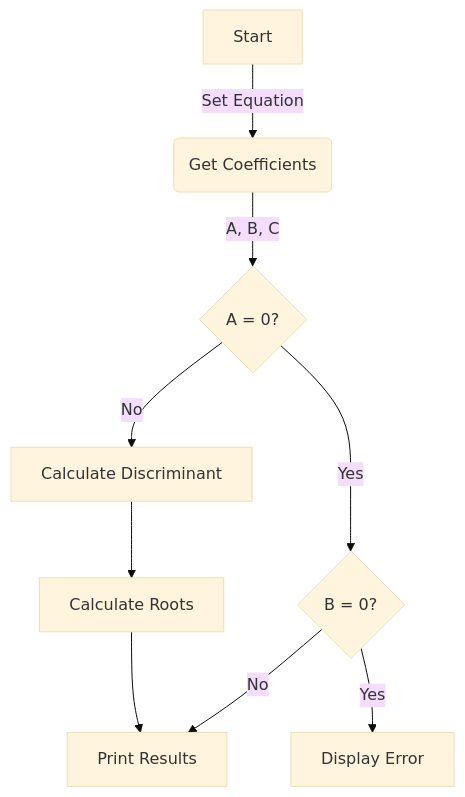
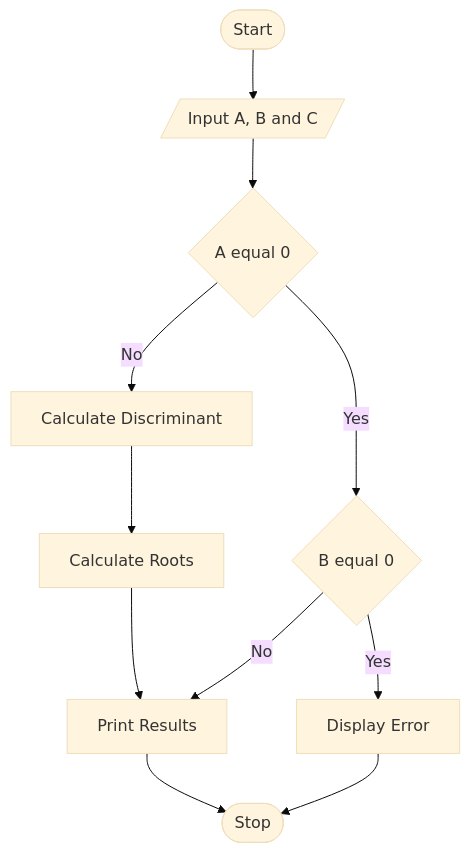
Before and after one commit to jumpogpo/KMITL-CS-28: the diagram in Year2/Analysis_and_Desgin_of_Algorithms_6236/Lab1/flowchart.md, drawn with Mermaid (base theme). The commit also changed 1 other file, not shown here.

Commit message:
Update flowchart

````diff
--- a/Year2/Analysis_and_Desgin_of_Algorithms_6236/Lab1/flowchart.md
+++ b/Year2/Analysis_and_Desgin_of_Algorithms_6236/Lab1/flowchart.md
@@ -1,11 +1,12 @@
 ```mermaid
 graph TD
-  A[Start] -->|Set Equation| B(Get Coefficients)
-  B -->|A, B, C| C{A = 0?}
+  A([Start]) --> B(Get Coefficients)
+  B[/Input A, B and C/] --> C{A equal 0}
   C -- No --> D[Calculate Discriminant]
   D --> E[Calculate Roots]
-  E --> F[Print Results]
-  C -- Yes --> G{B = 0?}
-  G -- Yes --> H[Display Error]
+  E --> F[Print Results] --> I
+  C -- Yes --> G{B equal 0}
+  G -- Yes --> H[Display Error] --> I
   G -- No --> F
+  I([Stop])
 ```
````
